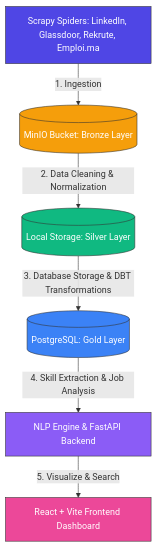
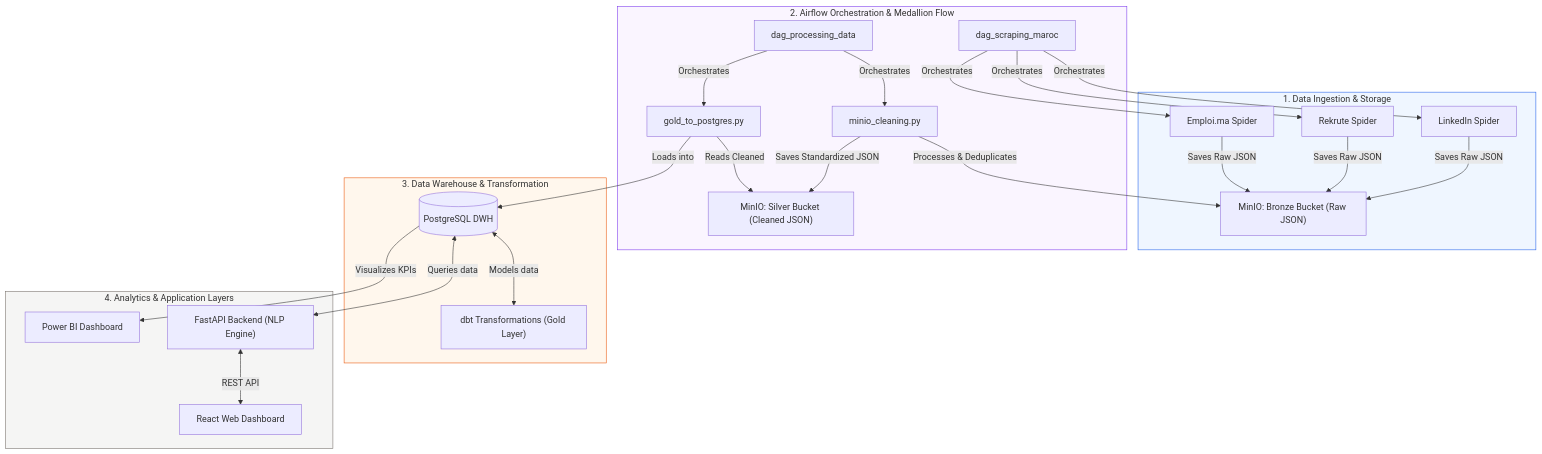
One commit to Moaad-Daoudi/job-intelligent changed the diagram in Readme.md. Above: the diagram before and after it, drawn with Mermaid. The commit also changed other lines of this file and 1 other file, not shown here.

Commit message:
change the readme for my project and change a little bit in the model for the admin

````diff
--- a/Readme.md
+++ b/Readme.md
@@ -10,15 +23,54 @@
 ```mermaid
 graph TD
-    A[Scrapy Spiders: LinkedIn, Glassdoor, Rekrute, Emploi.ma] -->|1. Ingestion| B[(MinIO Bucket: Bronze Layer)]
-    B -->|2. Data Cleaning & Normalization| C[(Local Storage: Silver Layer)]
-    C -->|3. Database Storage & DBT Transformations| D[(PostgreSQL: Gold Layer)]
-    D -->|4. Skill Extraction & Job Analysis| E[NLP Engine & FastAPI Backend]
-    E -->|5. Visualize & Search| F[React + Vite Frontend Dashboard]
+    %% Sources
+    subgraph Ingestion ["1. Data Ingestion & Storage"]
+        Src_LinkedIn["LinkedIn Spider"]
+        Src_Rekrute["Rekrute Spider"]
+        Src_Emploi["Emploi.ma Spider"]
+        MinIO_Bronze["MinIO: Bronze Bucket (Raw JSON)"]
+    end
+
+    %% Airflow & ETL
+    subgraph Airflow ["2. Airflow Orchestration & Medallion Flow"]
+        DAG_Scrape["dag_scraping_maroc"]
+        DAG_Process["dag_processing_data"]
+        Clean_Task["minio_cleaning.py"]
+        Load_Task["gold_to_postgres.py"]
+        MinIO_Silver["MinIO: Silver Bucket (Cleaned JSON)"]
+    end
+
+    %% DWH
+    subgraph DWH ["3. Data Warehouse & Transformation"]
+        Postgres_DB[("PostgreSQL DWH")]
+        DBT_Model["dbt Transformations (Gold Layer)"]
+    end
+
+    %% Visuals & App
+    subgraph Clients ["4. Analytics & Application Layers"]
+        Power_BI["Power BI Dashboard"]
+        FastAPI_NLP["FastAPI Backend (NLP Engine)"]
+        React_UI["React Web Dashboard"]
+    end
+
+    %% Flows
+    DAG_Scrape -->|Orchestrates| Src_LinkedIn & Src_Rekrute & Src_Emploi
+    Src_LinkedIn & Src_Rekrute & Src_Emploi -->|Saves Raw JSON| MinIO_Bronze
     
-    style A fill:#4F46E5,stroke:#333,stroke-width:1px,color:#fff
-    style B fill:#F59E0B,stroke:#333,stroke-width:1px,color:#fff
-    style C fill:#10B981,stroke:#333,stroke-width:1px,color:#fff
-    style D fill:#3B82F6,stroke:#333,stroke-width:1px,color:#fff
-    style E fill:#8B5CF6,stroke:#333,stroke-width:1px,color:#fff
-    style F fill:#EC4899,stroke:#333,stroke-width:1px,color:#fff
+    DAG_Process -->|Orchestrates| Clean_Task & Load_Task
+    Clean_Task -->|Processes & Deduplicates| MinIO_Bronze
+    Clean_Task -->|Saves Standardized JSON| MinIO_Silver
+    
+    Load_Task -->|Reads Cleaned| MinIO_Silver
+    Load_Task -->|Loads into| Postgres_DB
+    
+    Postgres_DB <-->|Models data| DBT_Model
+    
+    Postgres_DB -->|Visualizes KPIs| Power_BI
+    Postgres_DB <-->|Queries data| FastAPI_NLP
+    FastAPI_NLP <-->|REST API| React_UI
+
+    style Ingestion fill:#eff6ff,stroke:#2563eb,stroke-width:1px
+    style Airflow fill:#faf5ff,stroke:#7c3aed,stroke-width:1px
+    style DWH fill:#fff7ed,stroke:#ea580c,stroke-width:1px
+    style Clients fill:#f5f5f4,stroke:#78716c,stroke-width:1px
 ```
````
